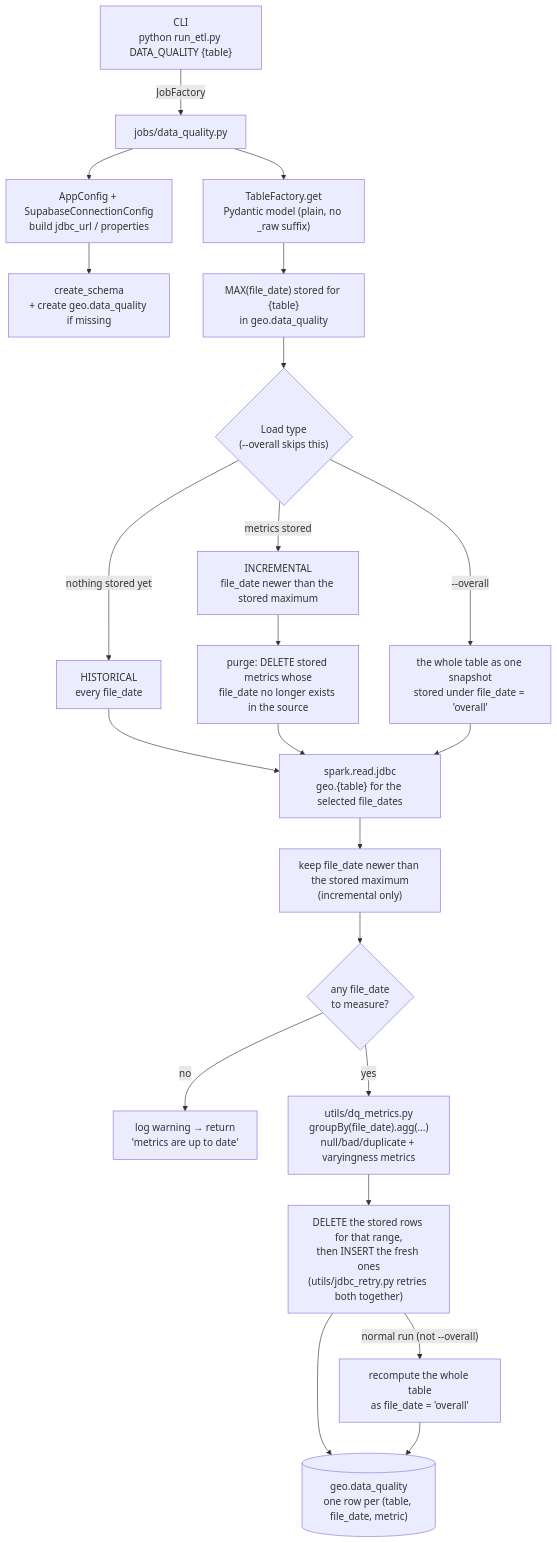
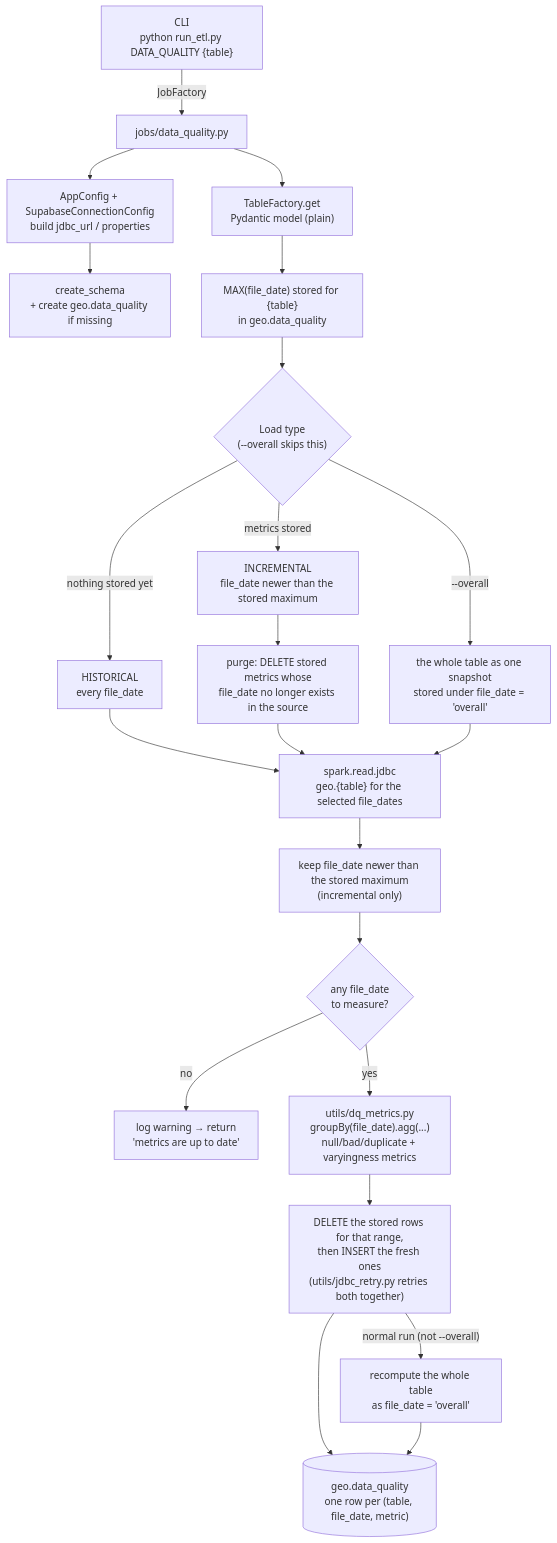
Before and after one commit to kaluzny1995/GEO_ETL: the diagram in docs/etl_jobs/data-quality.md, drawn with Mermaid. The commit also changed other lines of this file and 76 other files, not shown here.

````diff
--- a/docs/etl_jobs/data-quality.md
+++ b/docs/etl_jobs/data-quality.md
@@ -23,24 +23,24 @@
 ```mermaid
 flowchart TD
     CLI["CLI<br/>python run_etl.py DATA_QUALITY {table}"] -->|JobFactory| JOB["jobs/data_quality.py"]
-    JOB --> MODEL["TableFactory.get<br/>Pydantic model (plain, no _raw suffix)"]
+    JOB --> MODEL["TableFactory.get<br/>Pydantic model (plain)"]
     JOB --> CFG["AppConfig + SupabaseConnectionConfig<br/>build jdbc_url / properties"]
     CFG --> SCHEMA["create_schema<br/>+ create geo.data_quality if missing"]
     MODEL --> STORED["MAX(file_date) stored for {table}<br/>in geo.data_quality"]
     STORED --> LT{"Load type<br/>(--overall skips this)"}
     LT -->|"nothing stored yet"| H["HISTORICAL<br/>every file_date"]
     LT -->|"metrics stored"| I["INCREMENTAL<br/>file_date newer than the stored maximum"]
     LT -->|"--overall"| O["the whole table as one snapshot<br/>stored under file_date = 'overall'"]
     I --> PURGE["purge: DELETE stored metrics whose<br/>file_date no longer exists in the source"]
     H --> READ["spark.read.jdbc<br/>geo.{table} for the selected file_dates"]
     PURGE --> READ
     O --> READ
     READ --> FILTER["keep file_date newer than the stored maximum<br/>(incremental only)"]
     FILTER --> EMPTY{"any file_date<br/>to measure?"}
     EMPTY -->|"no"| SKIP["log warning → return<br/>'metrics are up to date'"]
     EMPTY -->|"yes"| METRICS["utils/dq_metrics.py<br/>groupBy(file_date).agg(...)<br/>null/bad/duplicate + varyingness metrics"]
     METRICS --> REPLACE["DELETE the stored rows for that range,<br/>then INSERT the fresh ones<br/>(utils/jdbc_retry.py retries both together)"]
     REPLACE --> DB[("geo.data_quality<br/>one row per (table, file_date, metric)")]
     REPLACE -->|"normal run (not --overall)"| OREFRESH["recompute the whole table<br/>as file_date = 'overall'"]
     OREFRESH --> DB
 ```
````
